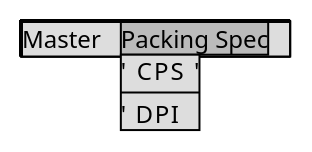
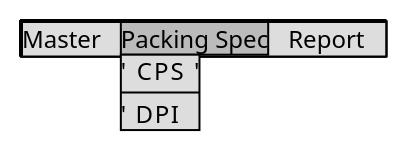
The diagram in menu/menu - packing spec.puml (ari-fikri/packing-cost-mockup), drawn with PlantUML before and after one commit. The commit also changed 2 other files, not shown here.

Commit message:
Add menu Report

```diff
--- a/menu/menu - packing spec.puml
+++ b/menu/menu - packing spec.puml
@@ -1,7 +1,7 @@
 @startsalt
 {+
-  {* Master | Packing Spec  
+  {* Master | Packing Spec  | Report
     Packing Spec |'  CPS  '| - |'  DPI|
   }
 }
 @endsalt
```
